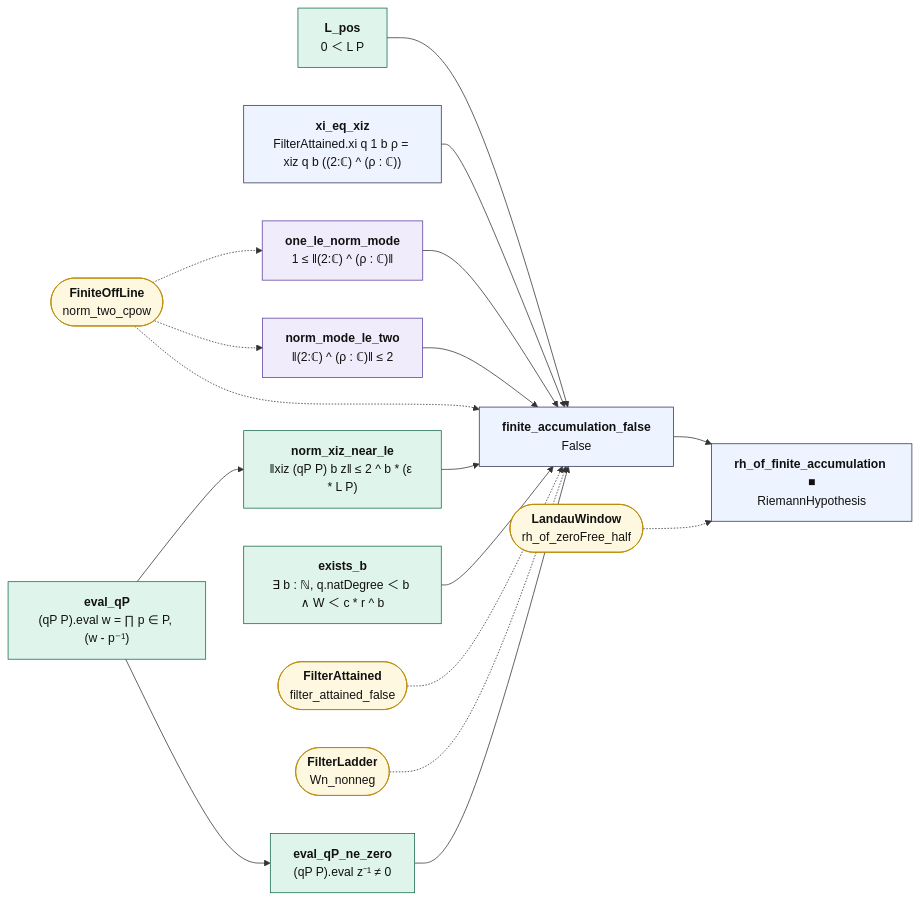
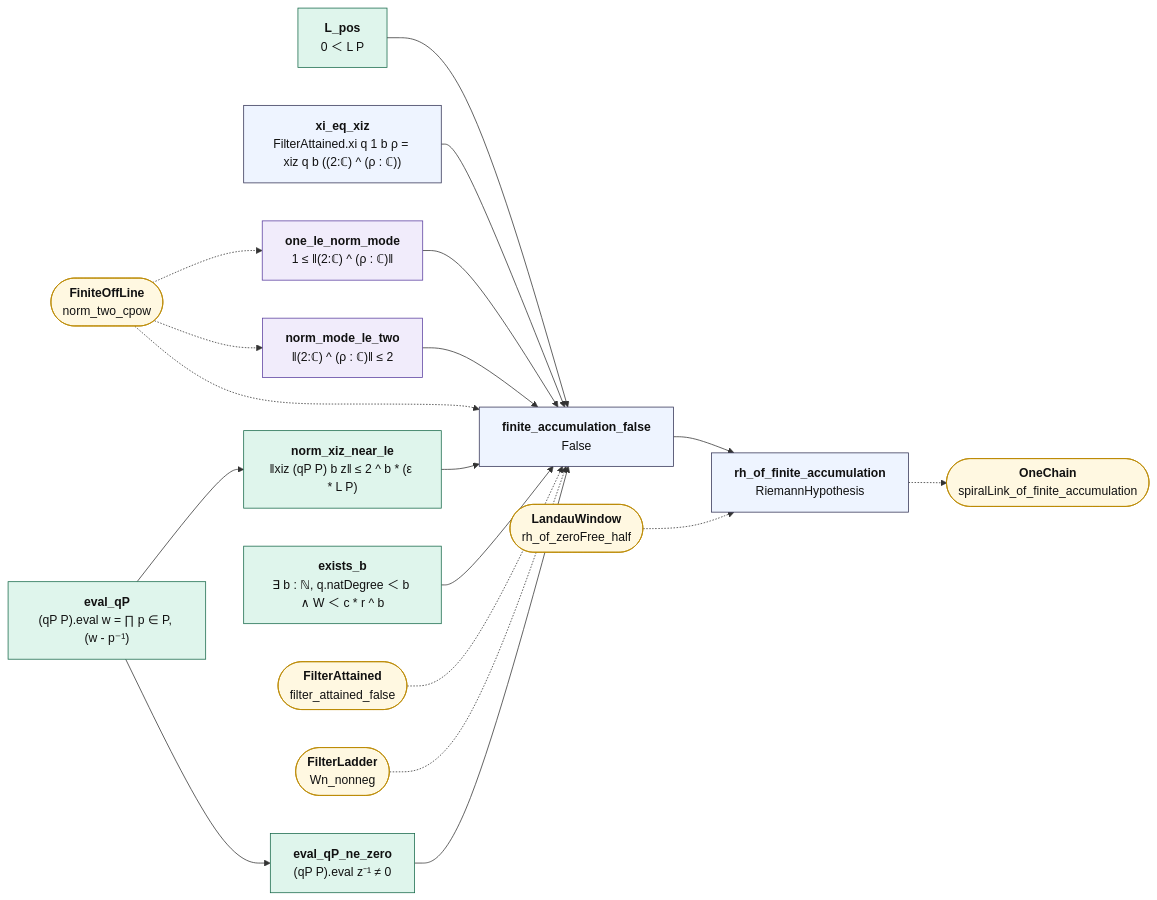
Before and after one commit to juliansambranojr/Primebeat_081426: the diagram in map/lean_stage3/FilterAccum.md, drawn with Mermaid. The commit also changed other lines of this file and 62 other files, not shown here.

First line of the commit message:
Block J4: one chain, the closed loop tied to the tree's main theorems (unit 0479)

````diff
--- a/map/lean_stage3/FilterAccum.md
+++ b/map/lean_stage3/FilterAccum.md
@@ -14,41 +14,43 @@
 ```mermaid
 flowchart LR
   n0["<b>eval_qP</b><br/>(qP P).eval w = ∏ p ∈ P, (w - p⁻¹)"]:::cnt
   n1["<b>L_pos</b><br/>0 ＜ L P"]:::cnt
   n2["<b>xi_eq_xiz</b><br/>FilterAttained.xi q 1 b ρ = xiz q b ((2:ℂ) ^ (ρ : ℂ))"]:::thm
   n3["<b>one_le_norm_mode</b><br/>1 ≤ ‖(2:ℂ) ^ (ρ : ℂ)‖"]:::shp
   n4["<b>norm_mode_le_two</b><br/>‖(2:ℂ) ^ (ρ : ℂ)‖ ≤ 2"]:::shp
   n5["<b>norm_xiz_near_le</b><br/>‖xiz (qP P) b z‖ ≤ 2 ^ b * (ε * L P)"]:::cnt
   n6["<b>eval_qP_ne_zero</b><br/>(qP P).eval z⁻¹ ≠ 0"]:::cnt
   n7["<b>exists_b</b><br/>∃ b : ℕ, q.natDegree ＜ b ∧ W ＜ c * r ^ b"]:::cnt
   n8["<b>finite_accumulation_false</b><br/>False"]:::thm
-  n9["<b>rh_of_finite_accumulation ■</b><br/>RiemannHypothesis"]:::thm
+  n9["<b>rh_of_finite_accumulation</b><br/>RiemannHypothesis"]:::thm
   x0(["<b>FiniteOffLine</b><br/>norm_two_cpow"]):::ext
   x1(["<b>FilterAttained</b><br/>filter_attained_false"]):::ext
   x2(["<b>FilterLadder</b><br/>Wn_nonneg"]):::ext
   x3(["<b>LandauWindow</b><br/>rh_of_zeroFree_half"]):::ext
+  x4(["<b>OneChain</b><br/>spiralLink_of_finite_accumulation"]):::ext
   n0 --> n5
   n0 --> n6
   n1 --> n8
   n2 --> n8
   n3 --> n8
   n4 --> n8
   n5 --> n8
   n6 --> n8
   n7 --> n8
   n8 --> n9
+  n9 -.-> x4
   x0 -.-> n3
   x0 -.-> n4
   x0 -.-> n8
   x1 -.-> n8
   x2 -.-> n8
   x3 -.-> n9
   classDef cnt fill:#dff5ec,stroke:#17694a,color:#111
   classDef shp fill:#f1ecfb,stroke:#5b3fa0,color:#111
   classDef rh fill:#ffe5e5,stroke:#c22,color:#111,stroke-width:2px
   classDef thm fill:#eef4ff,stroke:#335,color:#111
   classDef end_ fill:#e7f7e7,stroke:#2a7,color:#111,stroke-width:2px
   classDef lone fill:#fff,stroke:#999,color:#111,stroke-dasharray:4 3
   classDef bad fill:#ffe5e5,stroke:#c22,color:#111,stroke-width:2px
   classDef ext fill:#fff8e1,stroke:#b80,color:#111
 ```
````
